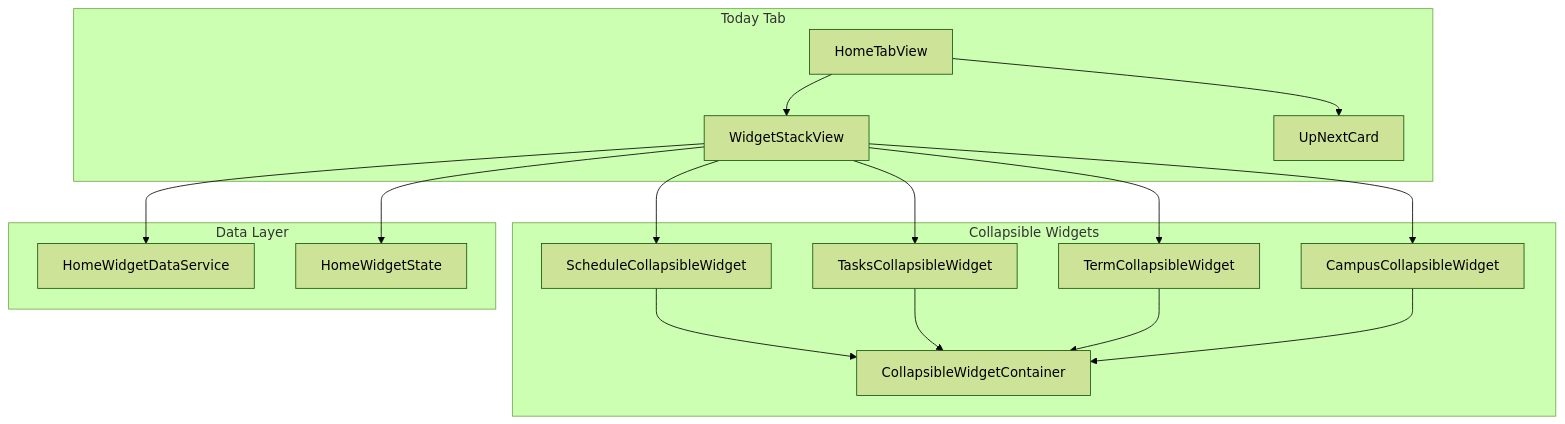
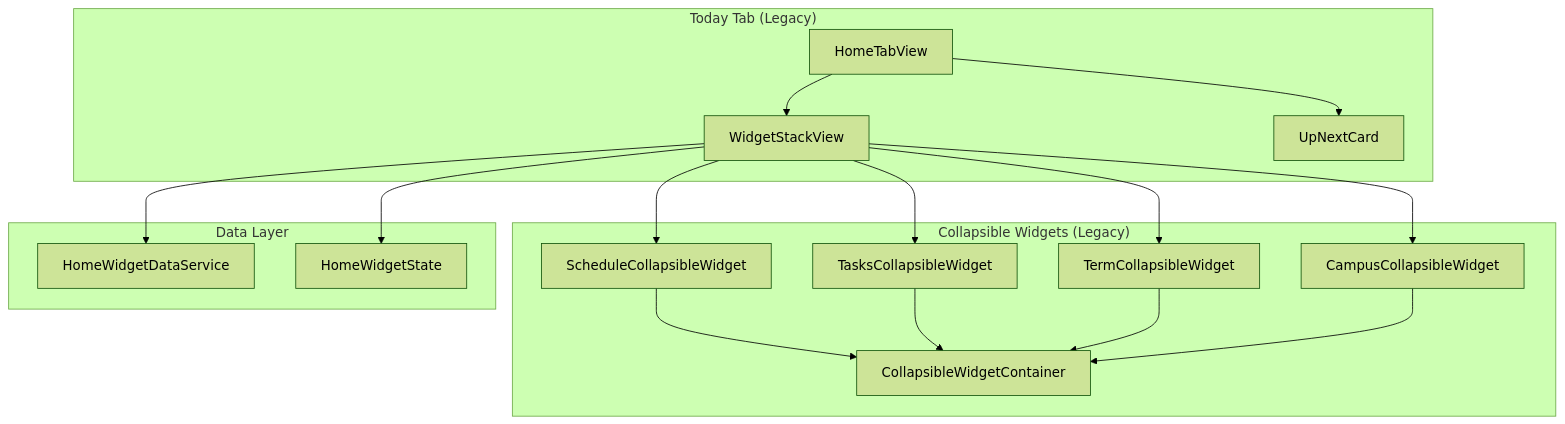
One commit to DormWay/mintlify-docs changed the sixth of 7 diagrams in docs/engineering/architecture/sot-home-widgets.mdx. Above: the diagram before and after it, drawn with Mermaid (forest theme). The commit also changed other lines of this file and 45 other files, not shown here.

````diff
--- a/docs/engineering/architecture/sot-home-widgets.mdx
+++ b/docs/engineering/architecture/sot-home-widgets.mdx
@@ -168,37 +171,37 @@
 ```mermaid
 flowchart TD
-    subgraph "Today Tab"
+    subgraph "Today Tab (Legacy)"
         HTV[HomeTabView]
         WSV[WidgetStackView]
         UNC[UpNextCard]
 
         HTV --> WSV
         HTV --> UNC
     end
 
-    subgraph "Collapsible Widgets"
+    subgraph "Collapsible Widgets (Legacy)"
         CWC[CollapsibleWidgetContainer]
         SCW[ScheduleCollapsibleWidget]
         TCW[TasksCollapsibleWidget]
         TRW[TermCollapsibleWidget]
         CCW[CampusCollapsibleWidget]
 
         WSV --> SCW
         WSV --> TCW
         WSV --> TRW
         WSV --> CCW
 
         SCW --> CWC
         TCW --> CWC
         TRW --> CWC
         CCW --> CWC
     end
 
     subgraph "Data Layer"
         HWS[HomeWidgetDataService]
         HWD[HomeWidgetState]
 
         WSV --> HWS
         WSV --> HWD
     end
 ```
````
